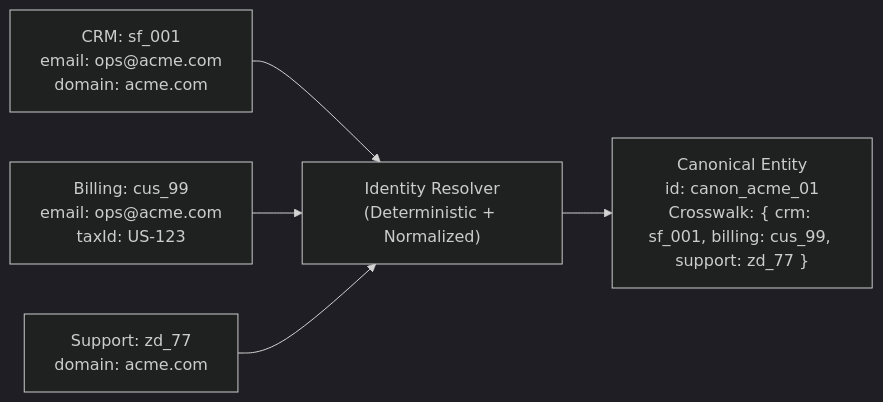
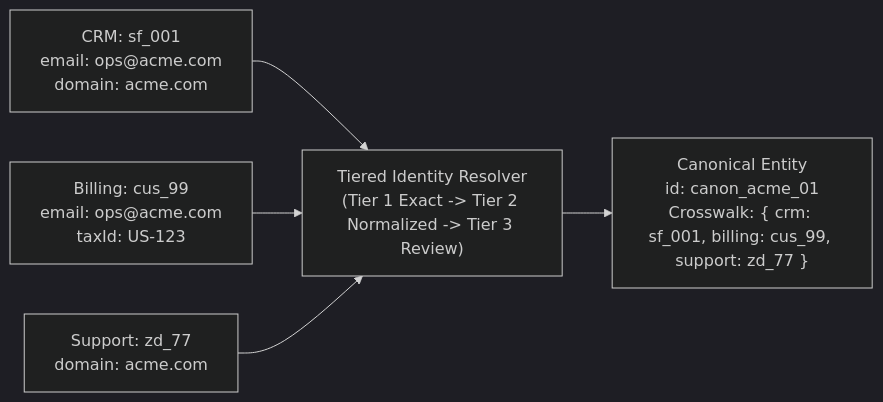
The first of 2 diagrams in Lecture 24 - Enterprise Data Discovery and Apache Ossie/notes/04_Canonical_Entities_and_Cross_System_Identity.md (Amie-dev/FDE-and-GenAI-Mastery), drawn with Mermaid (dark theme) before and after one commit. The commit also changed other lines of this file and 92 other files, not shown here.

````diff
--- a/Lecture 24 - Enterprise Data Discovery and Apache Ossie/notes/04_Canonical_Entities_and_Cross_System_Identity.md
+++ b/Lecture 24 - Enterprise Data Discovery and Apache Ossie/notes/04_Canonical_Entities_and_Cross_System_Identity.md
@@ -28,7 +31,7 @@
 ```mermaid
 flowchart LR
-    CRM["CRM: sf_001<br/>email: ops@acme.com<br/>domain: acme.com"] --> Res["Identity Resolver<br/>(Deterministic + Normalized)"]
+    CRM["CRM: sf_001<br/>email: ops@acme.com<br/>domain: acme.com"] --> Res["Tiered Identity Resolver<br/>(Tier 1 Exact -> Tier 2 Normalized -> Tier 3 Review)"]
     Bill["Billing: cus_99<br/>email: ops@acme.com<br/>taxId: US-123"] --> Res
     Sup["Support: zd_77<br/>domain: acme.com"] --> Res
     Res --> Canon["Canonical Entity<br/>id: canon_acme_01<br/>Crosswalk: { crm: sf_001, billing: cus_99, support: zd_77 }"]
 ```
````
